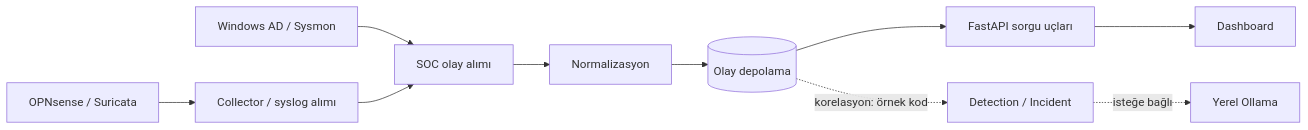
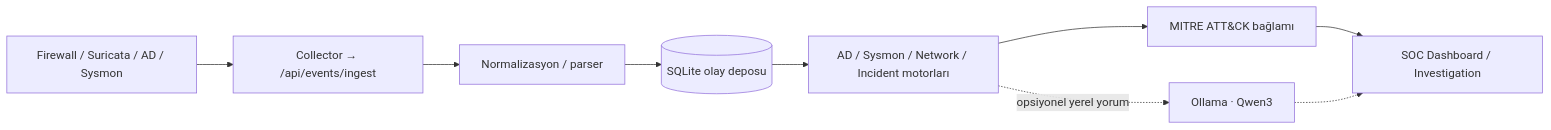
The second of 2 diagrams in README.md (mahirkau1/AEGIS-SOC), drawn with Mermaid before and after one commit. The commit also changed other lines of this file and 3 other files, not shown here.

Commit message:
Document OPNsense Suricata and AD hardening

````diff
--- a/README.md
+++ b/README.md
@@ -62,12 +103,11 @@
 ```mermaid
 flowchart LR
-  FW["OPNsense / Suricata"] --> C["Collector / syslog alımı"]
-  W["Windows AD / Sysmon"] --> I["SOC olay alımı"]
-  C --> I
-  I --> P["Normalizasyon"]
-  P --> DB[("Olay depolama")]
-  DB --> API["FastAPI sorgu uçları"]
-  API --> UI["Dashboard"]
-  DB -. "korelasyon: örnek kod" .-> DET["Detection / Incident"]
-  DET -. "isteğe bağlı" .-> AI["Yerel Ollama"]
+    SRC["Firewall / Suricata / AD / Sysmon"] --> ING["Collector → /api/events/ingest"]
+    ING --> P["Normalizasyon / parser"]
+    P --> DB[("SQLite olay deposu")]
+    DB --> RULE["AD / Sysmon / Network / Incident motorları"]
+    RULE --> MITRE["MITRE ATT&CK bağlamı"]
+    MITRE --> DASH["SOC Dashboard / Investigation"]
+    RULE -. "opsiyonel yerel yorum" .-> AI["Ollama · Qwen3"]
+    AI -.-> DASH
 ```
````
